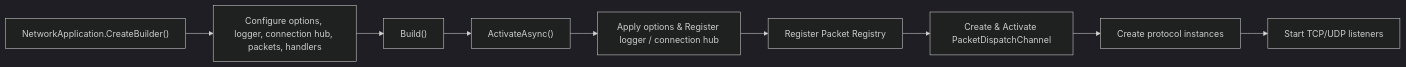
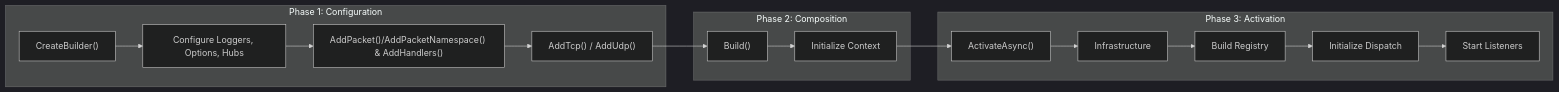
One commit to ppn-systems/AutoX.Gara changed the diagram in nalix-docs/api/hosting/network-application.md. Above: the diagram before and after it, drawn with Mermaid (dark theme). The commit also changed other lines of this file and 495 other files, not shown here.

````diff
--- a/nalix-docs/api/hosting/network-application.md
+++ b/nalix-docs/api/hosting/network-application.md
@@ -27,11 +27,21 @@
 ```mermaid
-flowchart LR
-    A["NetworkApplication.CreateBuilder()"] --> B["Configure options, logger, connection hub, packets, handlers"]
-    B --> C["Build()"]
-    C --> D["ActivateAsync()"]
-    D --> E["Apply options & Register logger / connection hub"]
-    E --> F["Register Packet Registry"]
-    F --> G["Create & Activate PacketDispatchChannel"]
-    G --> H["Create protocol instances"]
-    H --> I["Start TCP/UDP listeners"]
+graph LR
+    subgraph Configuration ["Phase 1: Configuration"]
+        Create["CreateBuilder()"] --> Config["Configure Loggers, Options, Hubs"]
+        Config --> Discover["AddPacket()/AddPacketNamespace() & AddHandlers()"]
+        Discover --> Bind["AddTcp() / AddUdp()"]
+    end
+
+    subgraph Composition ["Phase 2: Composition"]
+        Bind --> Build["Build()"]
+        Build --> Prep["Initialize Context"]
+    end
+
+    subgraph Activation ["Phase 3: Activation"]
+        Prep --> Run["ActivateAsync()"]
+        Run --> Infra["Infrastructure"]
+        Infra --> Registry["Build Registry"]
+        Registry --> Dispatch["Initialize Dispatch"]
+        Dispatch --> Listeners["Start Listeners"]
+    end
 ```
````
